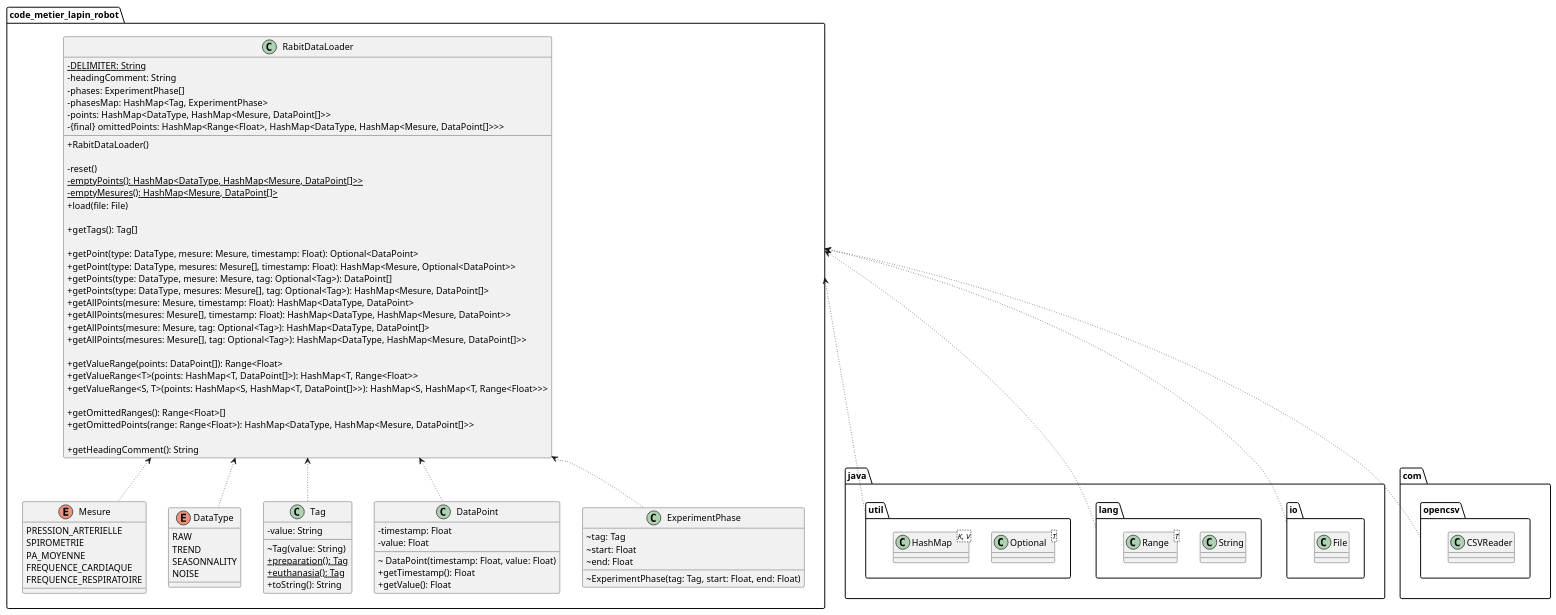
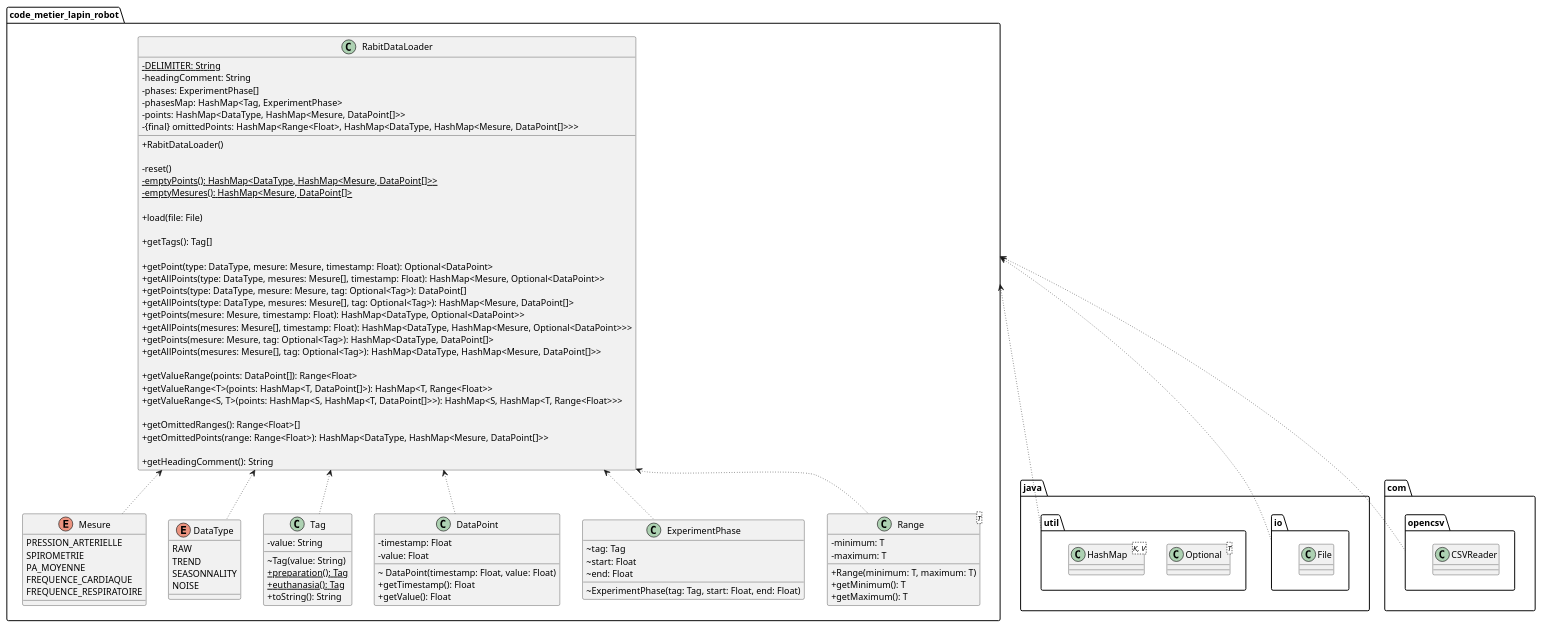
One commit to RemiBardon/imt-fil-a1-acdc-projet-lapin-robot changed the diagram in README.md. Above: the diagram before and after it, drawn with PlantUML. The commit also changed 2 other files, not shown here.

Commit message:
Fix method names

```diff
--- a/README.md
+++ b/README.md
@@ -94,11 +94,6 @@
 
 package java.io {
     class File
-}
-
-package java.lang {
-    class String
-    class Range<T>
 }
 
 package java.util {
@@ -149,6 +144,14 @@
         ~ end: Float
         ~ ExperimentPhase(tag: Tag, start: Float, end: Float)
     }
+    
+    class Range<T> {
+        - minimum: T
+        - maximum: T
+        + Range(minimum: T, maximum: T)
+        + getMinimum(): T
+        + getMaximum(): T
+    }
 
     class RabitDataLoader {
         - {static} DELIMITER: String
@@ -162,17 +165,18 @@
         - reset()
         - {static} emptyPoints(): HashMap<DataType, HashMap<Mesure, DataPoint[]>>
         - {static} emptyMesures(): HashMap<Mesure, DataPoint[]>
+
         + load(file: File)
 
         + getTags(): Tag[]
 
         + getPoint(type: DataType, mesure: Mesure, timestamp: Float): Optional<DataPoint>
-        + getPoint(type: DataType, mesures: Mesure[], timestamp: Float): HashMap<Mesure, Optional<DataPoint>>
+        + getAllPoints(type: DataType, mesures: Mesure[], timestamp: Float): HashMap<Mesure, Optional<DataPoint>>
         + getPoints(type: DataType, mesure: Mesure, tag: Optional<Tag>): DataPoint[]
-        + getPoints(type: DataType, mesures: Mesure[], tag: Optional<Tag>): HashMap<Mesure, DataPoint[]>
-        + getAllPoints(mesure: Mesure, timestamp: Float): HashMap<DataType, DataPoint>
-        + getAllPoints(mesures: Mesure[], timestamp: Float): HashMap<DataType, HashMap<Mesure, DataPoint>>
-        + getAllPoints(mesure: Mesure, tag: Optional<Tag>): HashMap<DataType, DataPoint[]>
+        + getAllPoints(type: DataType, mesures: Mesure[], tag: Optional<Tag>): HashMap<Mesure, DataPoint[]>
+        + getPoints(mesure: Mesure, timestamp: Float): HashMap<DataType, Optional<DataPoint>>
+        + getAllPoints(mesures: Mesure[], timestamp: Float): HashMap<DataType, HashMap<Mesure, Optional<DataPoint>>>
+        + getPoints(mesure: Mesure, tag: Optional<Tag>): HashMap<DataType, DataPoint[]>
         + getAllPoints(mesures: Mesure[], tag: Optional<Tag>): HashMap<DataType, HashMap<Mesure, DataPoint[]>>
 
         + getValueRange(points: DataPoint[]): Range<Float>
@@ -190,10 +194,10 @@
     RabitDataLoader <-down[dotted]- Tag
     RabitDataLoader <-down[dotted]- DataPoint
     RabitDataLoader <-down[dotted]- ExperimentPhase
+    RabitDataLoader <-down[dotted]- Range
 
 }
 
-code_metier_lapin_robot <-down[dotted]- java.lang
 code_metier_lapin_robot <-down[dotted]- java.util
 code_metier_lapin_robot <-down[dotted]- java.io
 code_metier_lapin_robot <-down[dotted]- com.opencsv
```
